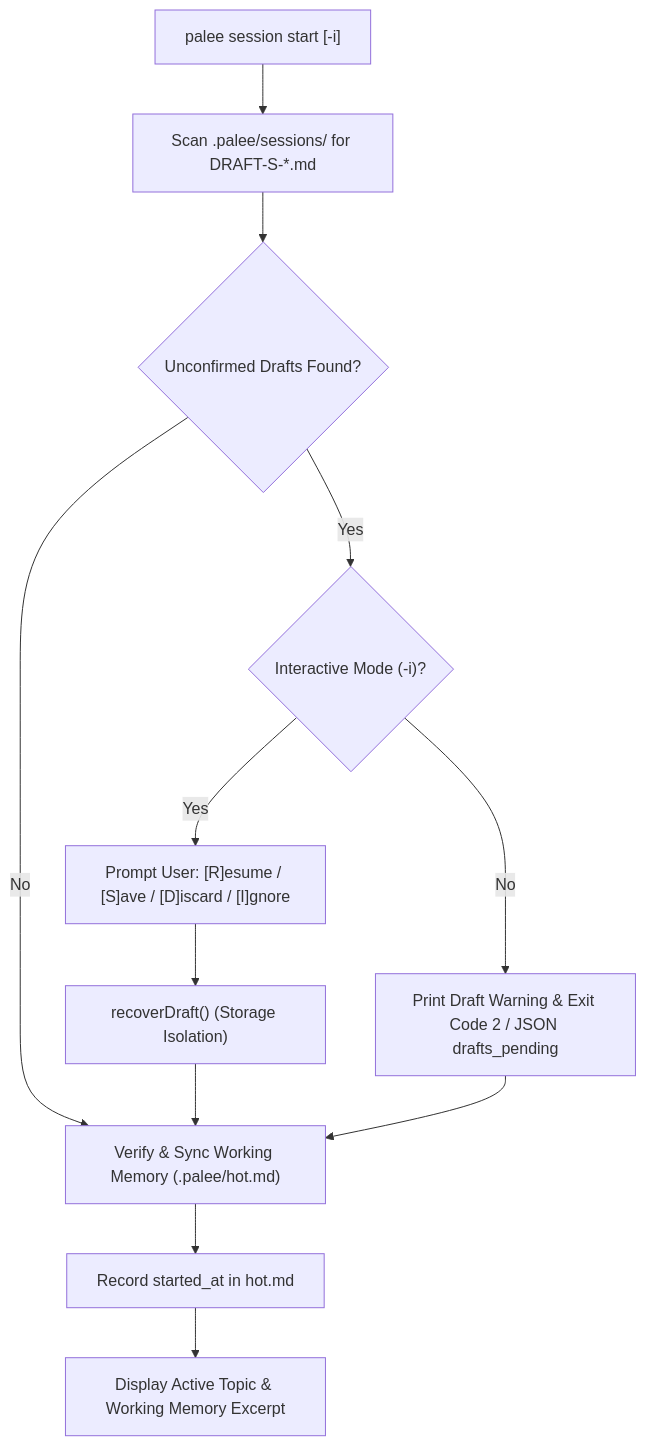
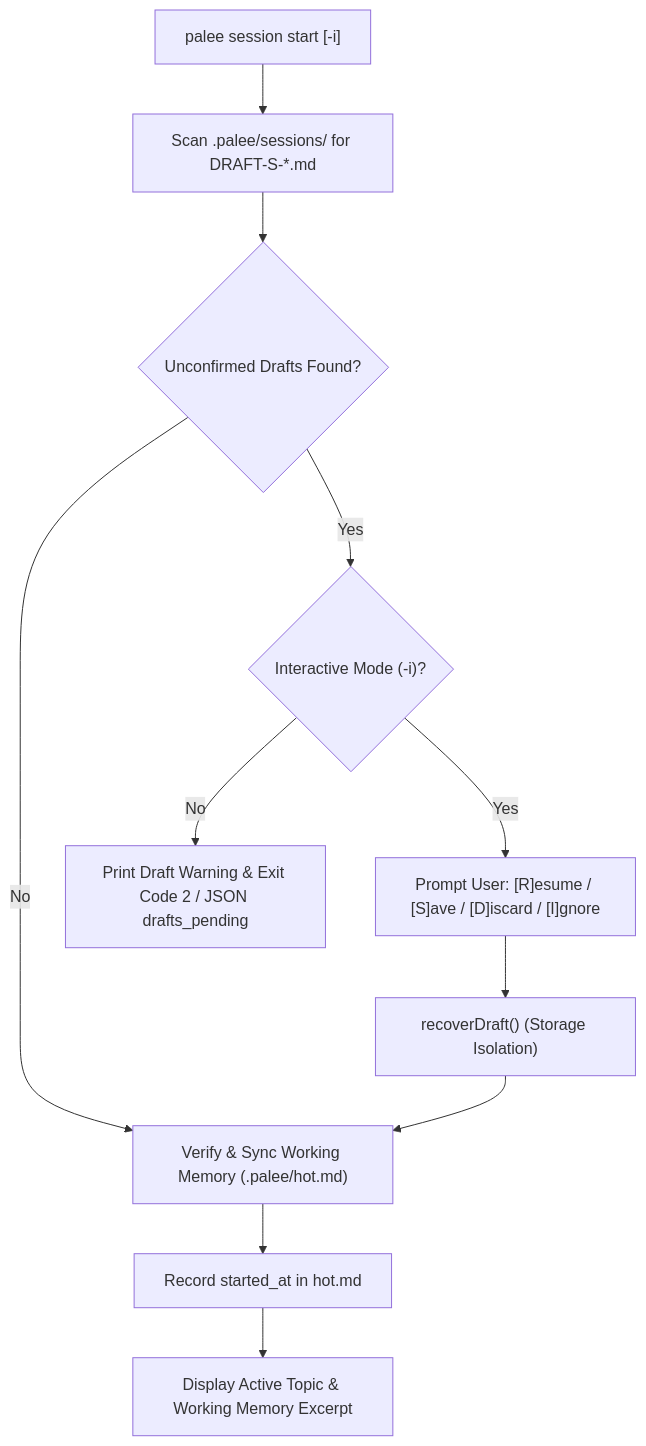
One commit to Kuldeep2822k/cli changed the diagram in docs/02-4-session-management-command.md. Above: the diagram before and after it, drawn with Mermaid. The commit also changed other lines of this file and 33 other files, not shown here.

````diff
--- a/docs/02-4-session-management-command.md
+++ b/docs/02-4-session-management-command.md
@@ -55,18 +55,17 @@
 ```mermaid
 flowchart TD
     StartCmd["palee session start [-i]"] --> ScanDrafts["Scan .palee/sessions/ for DRAFT-S-*.md"]
     
     ScanDrafts --> HasDrafts{"Unconfirmed Drafts Found?"}
     HasDrafts -->|"No"| SyncHot["Verify & Sync Working Memory (.palee/hot.md)"]
     
     HasDrafts -->|"Yes"| InterCheck{"Interactive Mode (-i)?"}
     InterCheck -->|"No"| WarnDraft["Print Draft Warning & Exit Code 2 / JSON drafts_pending"]
     InterCheck -->|"Yes"| PromptRecovery["Prompt User: [R]esume / [S]ave / [D]iscard / [I]gnore"]
     
     PromptRecovery --> ExecuteAction["recoverDraft() (Storage Isolation)"]
     ExecuteAction --> SyncHot
-    WarnDraft --> SyncHot
     
     SyncHot --> SetStart["Record started_at in hot.md"]
     SetStart --> PrintHot["Display Active Topic & Working Memory Excerpt"]
 ```
````
